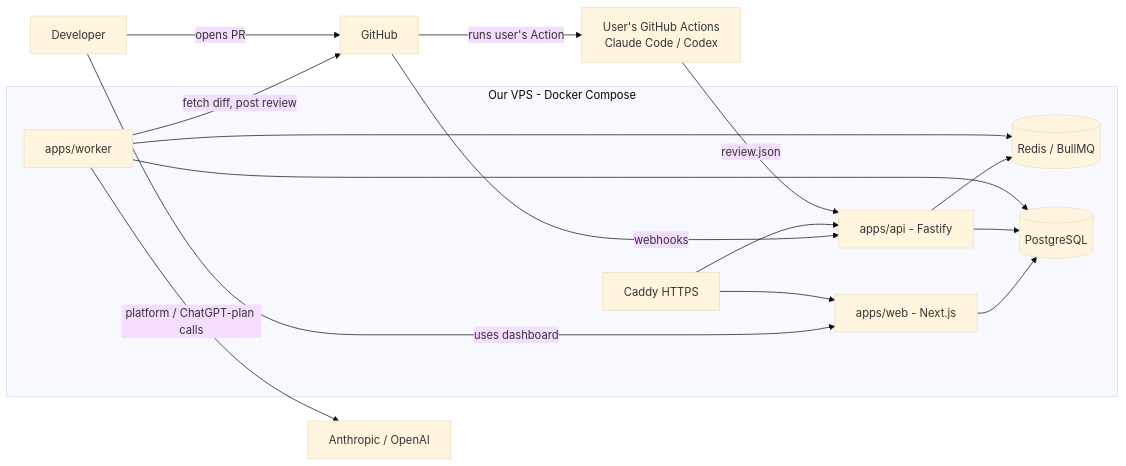
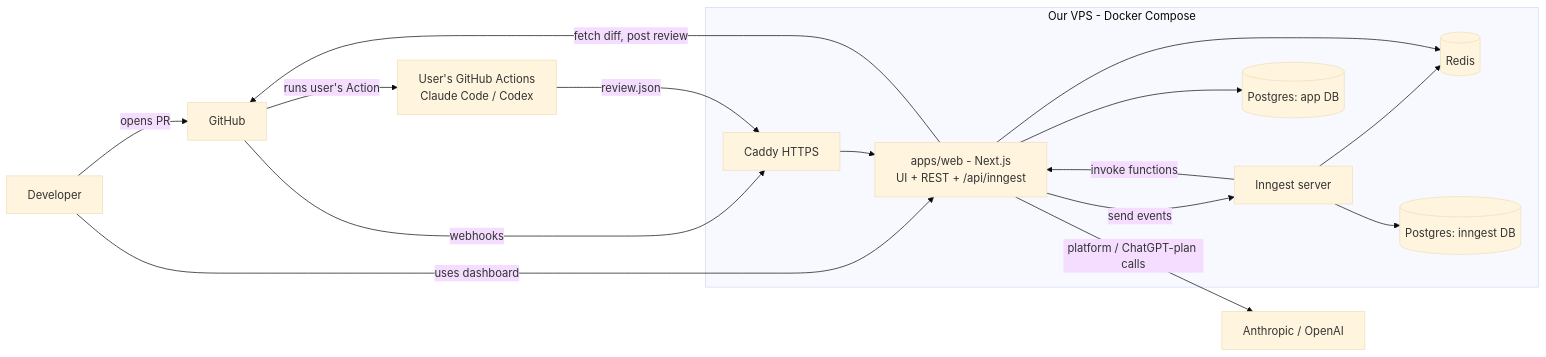
Before and after one commit to Viris168/Crosscheck: the first of 5 diagrams in docs/architecture.md, drawn with Mermaid (base theme). The commit also changed other lines of this file and 17 other files, not shown here.

Commit message:
docs: update docs and tasks for Next.js + Inngest + Better Auth stack

````diff
--- a/docs/architecture.md
+++ b/docs/architecture.md
@@ -10,19 +11,19 @@
 ```mermaid
 flowchart LR
   Dev[Developer] -->|opens PR| GH[GitHub]
   Dev -->|uses dashboard| Web
-  GH -->|webhooks| API
+  GH -->|webhooks| Caddy
   subgraph Platform [Our VPS - Docker Compose]
-    Caddy[Caddy HTTPS] --> Web[apps/web - Next.js]
-    Caddy --> API[apps/api - Fastify]
-    API --> Redis[(Redis / BullMQ)]
-    Web --> PG[(PostgreSQL)]
-    API --> PG
-    Worker[apps/worker] --> Redis
-    Worker --> PG
+    Caddy[Caddy HTTPS] --> Web[apps/web - Next.js<br/>UI + REST + /api/inngest]
+    Web -->|send events| Inngest[Inngest server]
+    Inngest -->|invoke functions| Web
+    Inngest --> Redis[(Redis)]
+    Inngest --> IPG[(Postgres: inngest DB)]
+    Web --> PG[(Postgres: app DB)]
+    Web --> Redis
   end
-  Worker -->|platform / ChatGPT-plan calls| LLM[Anthropic / OpenAI]
-  Worker -->|fetch diff, post review| GH
+  Web -->|platform / ChatGPT-plan calls| LLM[Anthropic / OpenAI]
+  Web -->|fetch diff, post review| GH
   GH -->|runs user's Action| GHA[User's GitHub Actions<br/>Claude Code / Codex]
-  GHA -->|review.json| API
+  GHA -->|review.json| Caddy
 ```
````
